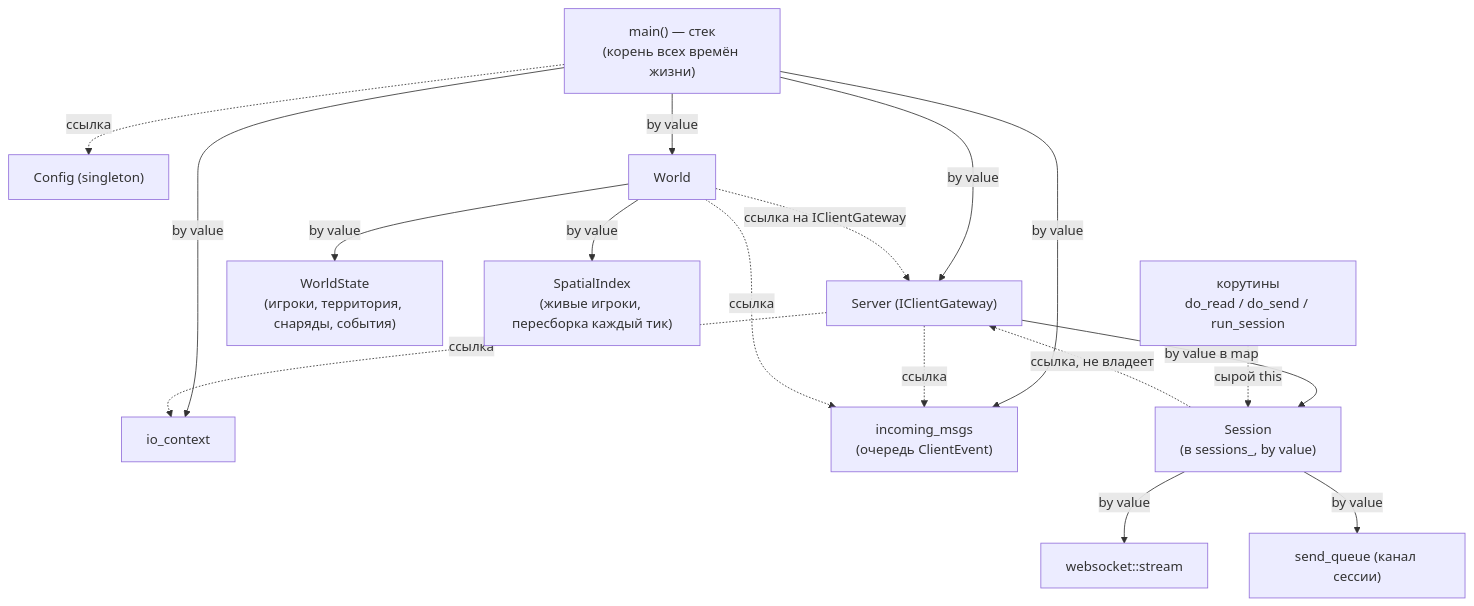
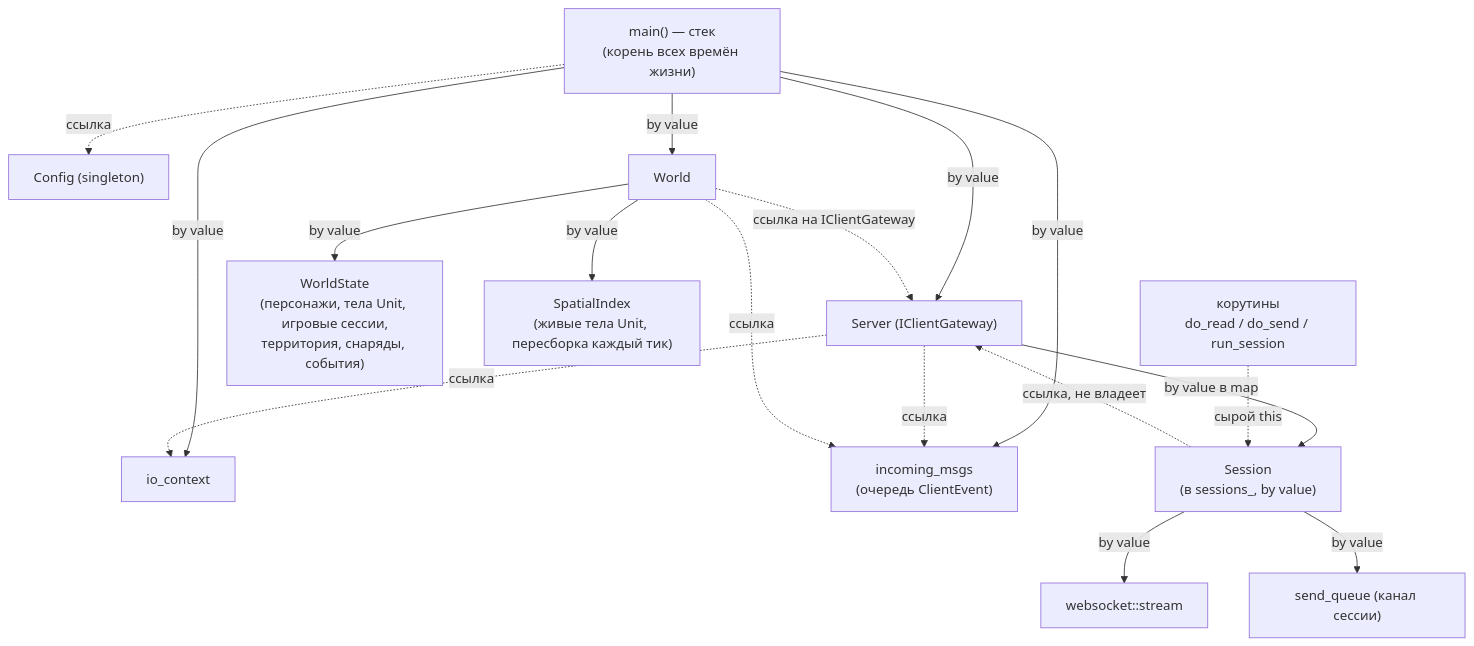
Before and after one commit to litcxx/Game: the diagram in server/docs/ownership-map.md, drawn with Mermaid. The commit also changed other lines of this file and 2 other files, not shown here.

Commit message:
docs(server): characters, sessions and units in README and diagrams (LTC-23)
Claude-Session: https://claude.ai/code/session_0175bL2NJe73pFvRZ4C8vFe8

````diff
--- a/server/docs/ownership-map.md
+++ b/server/docs/ownership-map.md
@@ -16,35 +16,35 @@
 ```mermaid
 flowchart TD
     main["main() — стек<br/>(корень всех времён жизни)"]
     cfg["Config (singleton)"]
     io["io_context"]
     q["incoming_msgs<br/>(очередь ClientEvent)"]
     srv["Server (IClientGateway)"]
     world["World"]
-    wstate["WorldState<br/>(игроки, территория, снаряды, события)"]
-    sindex["SpatialIndex<br/>(живые игроки, пересборка каждый тик)"]
+    wstate["WorldState<br/>(персонажи, тела Unit, игровые сессии,<br/>территория, снаряды, события)"]
+    sindex["SpatialIndex<br/>(живые тела Unit, пересборка каждый тик)"]
     sess["Session<br/>(в sessions_, by value)"]
     sock["websocket::stream"]
     ch["send_queue (канал сессии)"]
     coro["корутины<br/>do_read / do_send / run_session"]
 
     main -->|by value| io
     main -->|by value| q
     main -->|by value| srv
     main -->|by value| world
     main -.->|ссылка| cfg
 
     srv -->|by value в map| sess
     sess -->|by value| sock
     sess -->|by value| ch
     srv -.->|ссылка| q
     srv -.->|ссылка| io
 
     world -->|by value| wstate
     world -->|by value| sindex
     world -.->|ссылка| q
     world -.->|ссылка на IClientGateway| srv
 
     sess -.->|ссылка, не владеет| srv
     coro -.->|сырой this| sess
 ```
````
